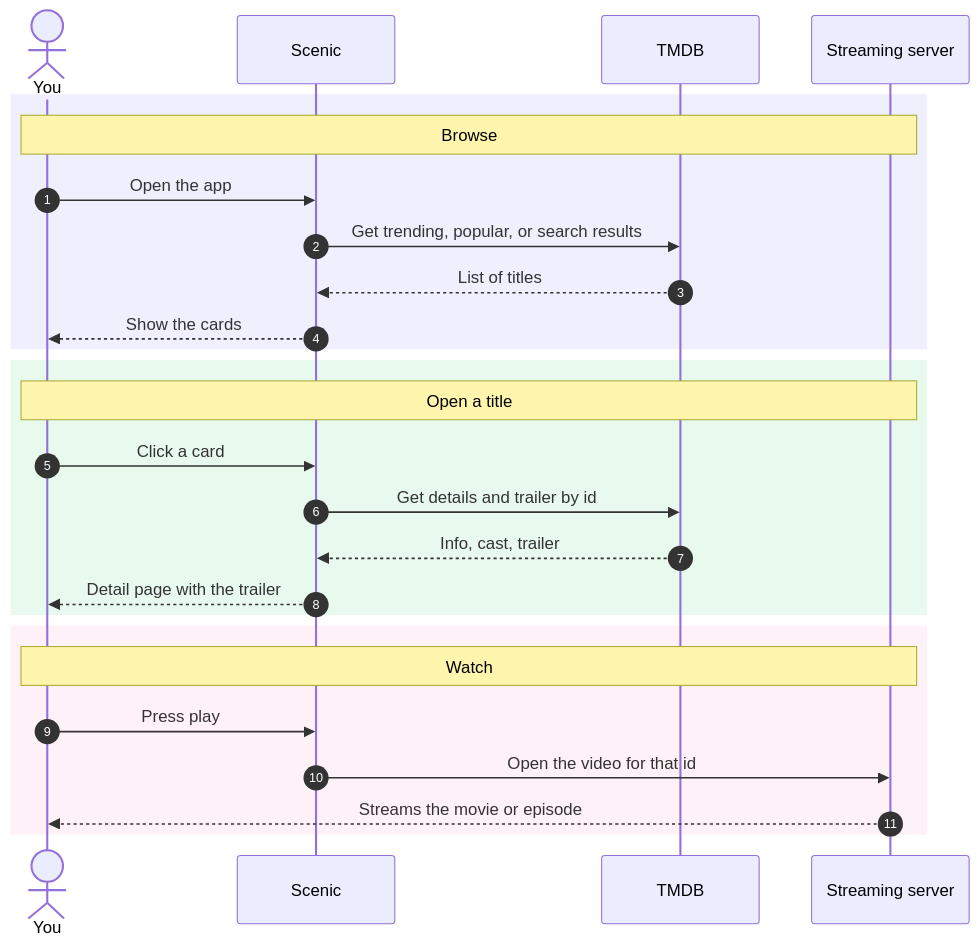
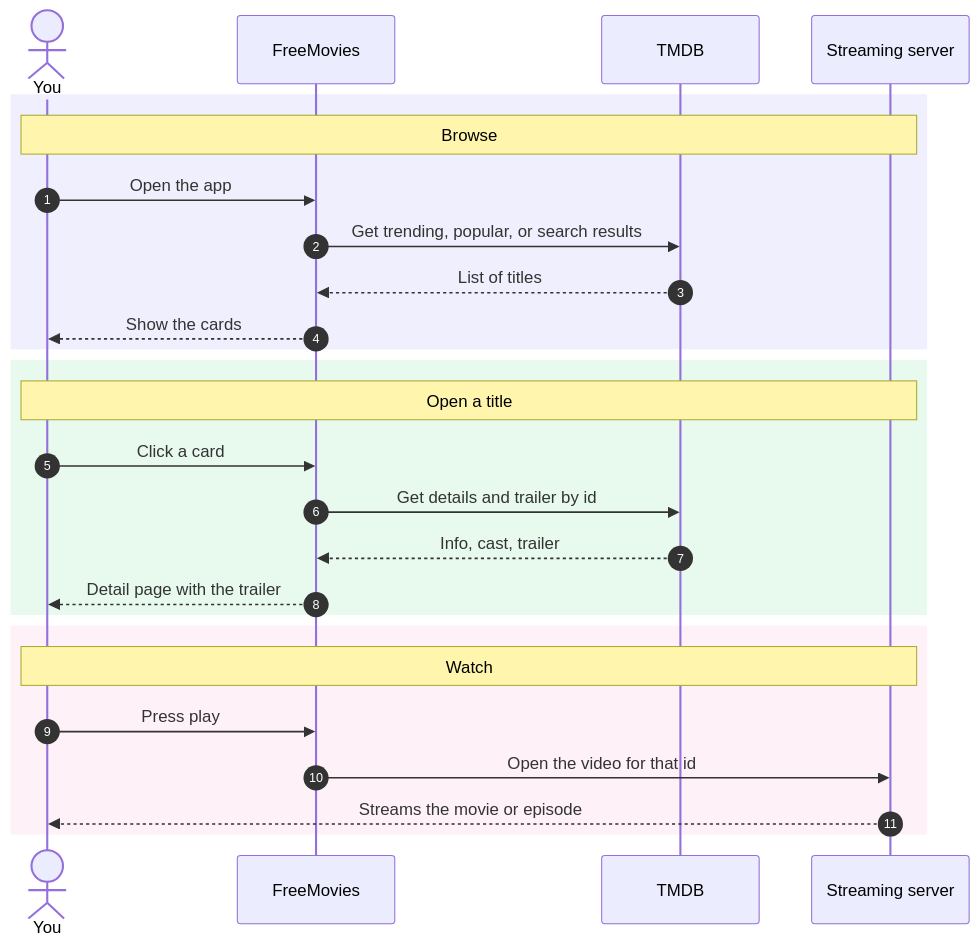
One commit to empi0707/scenic changed the first of 2 diagrams in README.md. Above: the diagram before and after it, drawn with Mermaid. The commit also changed other lines of this file and 15 other files, not shown here.

First line of the commit message:
Rebrand: Scenic -> FreeMovies

````diff
--- a/README.md
+++ b/README.md
@@ -129,31 +129,31 @@
 ```mermaid
 sequenceDiagram
     autonumber
     actor You
-    participant Scenic
+    participant FreeMovies
     participant TMDB
     participant Server as Streaming server
 
     rect rgba(99, 102, 241, 0.1)
     Note over You,Server: Browse
-    You->>Scenic: Open the app
-    Scenic->>TMDB: Get trending, popular, or search results
-    TMDB-->>Scenic: List of titles
-    Scenic-->>You: Show the cards
+    You->>FreeMovies: Open the app
+    FreeMovies->>TMDB: Get trending, popular, or search results
+    TMDB-->>FreeMovies: List of titles
+    FreeMovies-->>You: Show the cards
     end
 
     rect rgba(34, 197, 94, 0.1)
     Note over You,Server: Open a title
-    You->>Scenic: Click a card
-    Scenic->>TMDB: Get details and trailer by id
-    TMDB-->>Scenic: Info, cast, trailer
-    Scenic-->>You: Detail page with the trailer
+    You->>FreeMovies: Click a card
+    FreeMovies->>TMDB: Get details and trailer by id
+    TMDB-->>FreeMovies: Info, cast, trailer
+    FreeMovies-->>You: Detail page with the trailer
     end
 
     rect rgba(244, 114, 182, 0.1)
     Note over You,Server: Watch
-    You->>Scenic: Press play
-    Scenic->>Server: Open the video for that id
+    You->>FreeMovies: Press play
+    FreeMovies->>Server: Open the video for that id
     Server-->>You: Streams the movie or episode
     end
 ```
````
